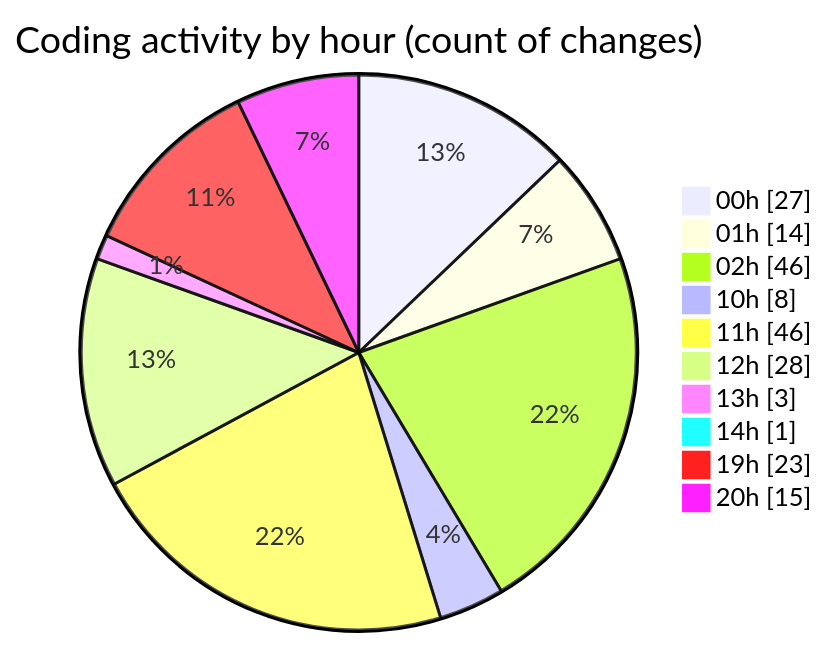
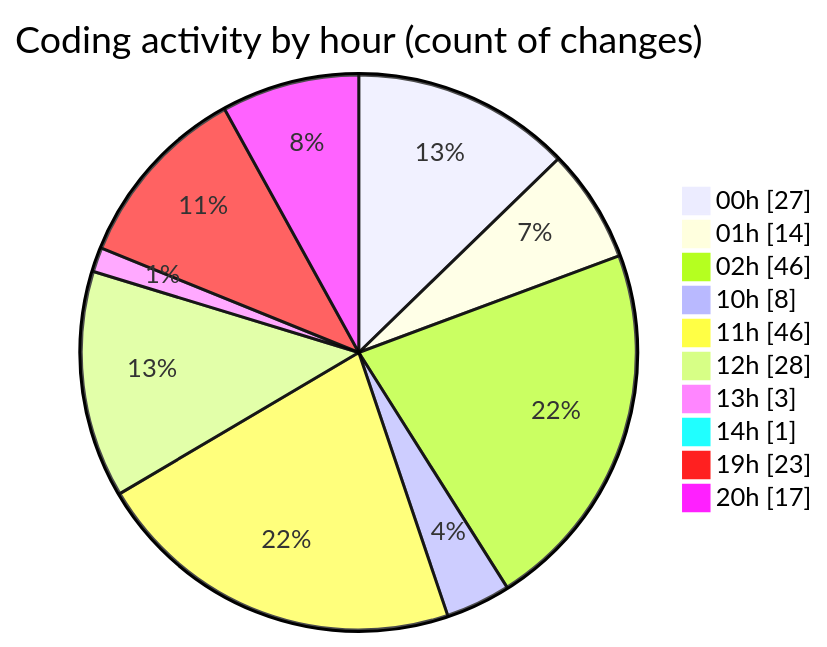
One commit to lephambinh05/code-tracking changed the second of 2 diagrams in 2025-07-17/nhahang/README.md. Above: the diagram before and after it, drawn with Mermaid. The commit also changed other lines of this file and 1 other file, not shown here.

````diff
--- a/2025-07-17/nhahang/README.md
+++ b/2025-07-17/nhahang/README.md
@@ -94,14 +94,14 @@
 ```mermaid
 pie showData
 title Coding activity by hour (count of changes)
 "00h" : 27
 "01h" : 14
 "02h" : 46
 "10h" : 8
 "11h" : 46
 "12h" : 28
 "13h" : 3
 "14h" : 1
 "19h" : 23
-"20h" : 15
+"20h" : 17
 ```
````
